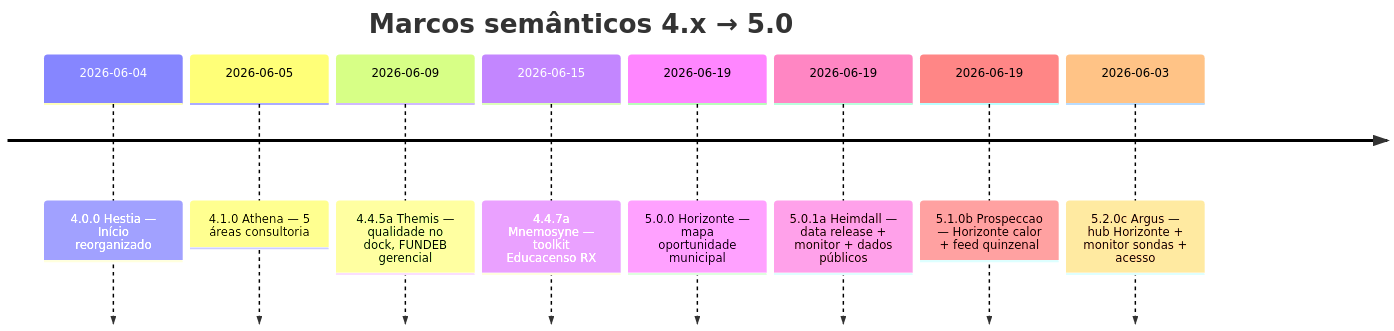
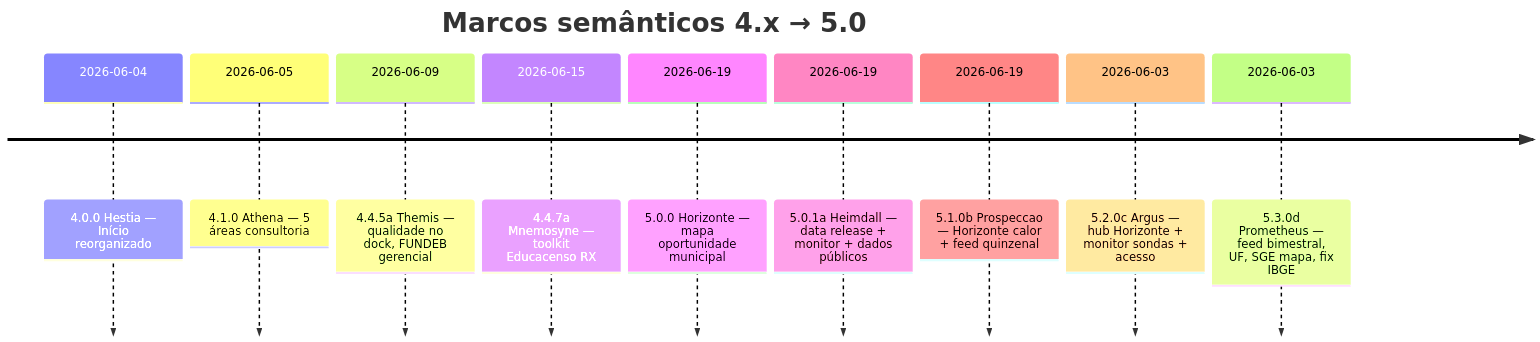
The diagram in docs/HISTORICO_VERSOES.md (JaderGabriel/serventec-servlitcys), drawn with Mermaid before and after one commit. The commit also changed other lines of this file and 40 other files, not shown here.

First line of the commit message:
Release 5.3.0 (Prometheus): feed Horizonte bimestral, UF e SGE no mapa.

````diff
--- a/docs/HISTORICO_VERSOES.md
+++ b/docs/HISTORICO_VERSOES.md
@@ -20,12 +20,13 @@
 ```mermaid
 timeline
     title Marcos semânticos 4.x → 5.0
     2026-06-04 : 4.0.0 Hestia — Início reorganizado
     2026-06-05 : 4.1.0 Athena — 5 áreas consultoria
     2026-06-09 : 4.4.5a Themis — qualidade no dock, FUNDEB gerencial
     2026-06-15 : 4.4.7a Mnemosyne — toolkit Educacenso RX
     2026-06-19 : 5.0.0 Horizonte — mapa oportunidade municipal
     2026-06-19 : 5.0.1a Heimdall — data release + monitor + dados públicos
     2026-06-19 : 5.1.0b Prospeccao — Horizonte calor + feed quinzenal
     2026-06-03 : 5.2.0c Argus — hub Horizonte + monitor sondas + acesso
+    2026-06-03 : 5.3.0d Prometheus — feed bimestral, UF, SGE mapa, fix IBGE
 ```
````
